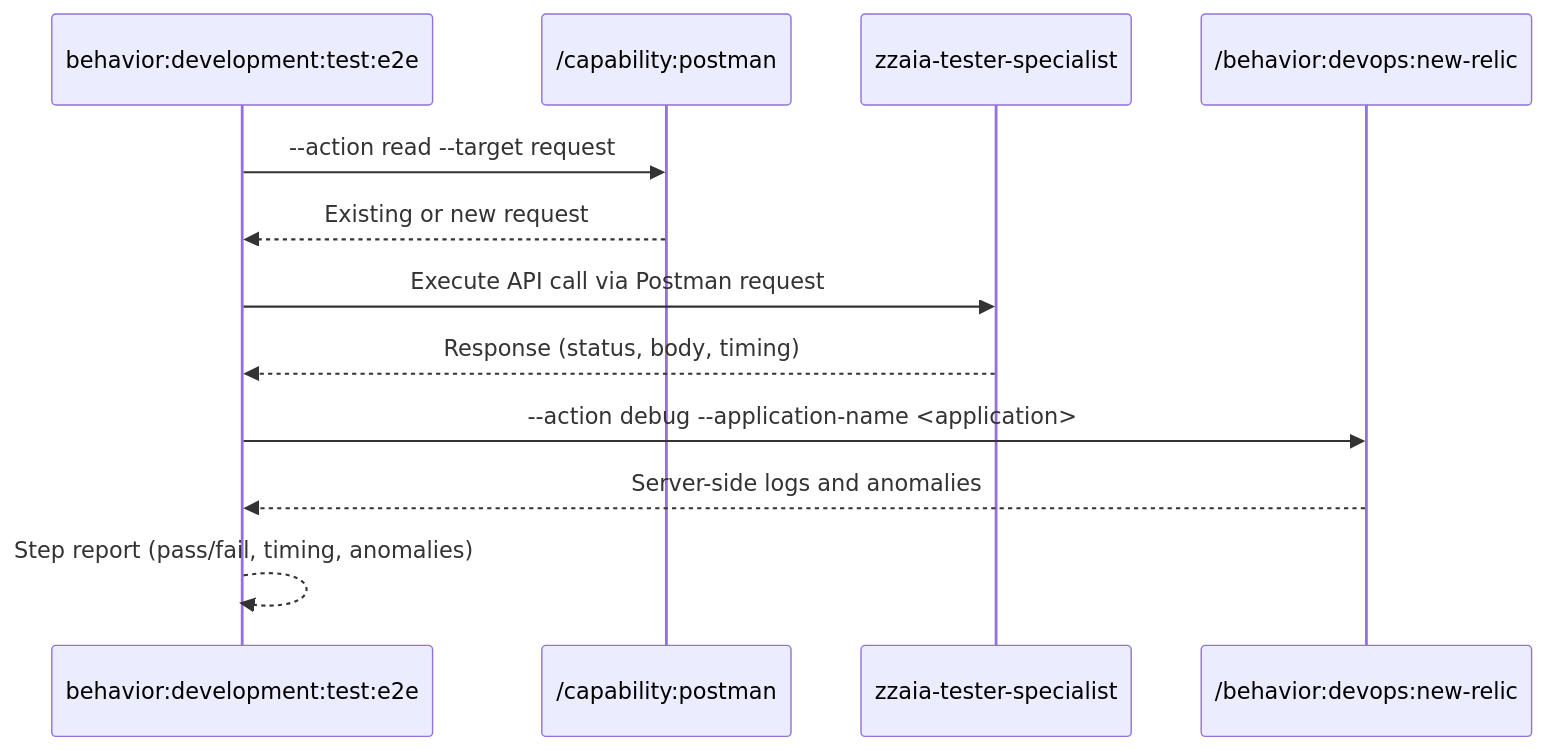
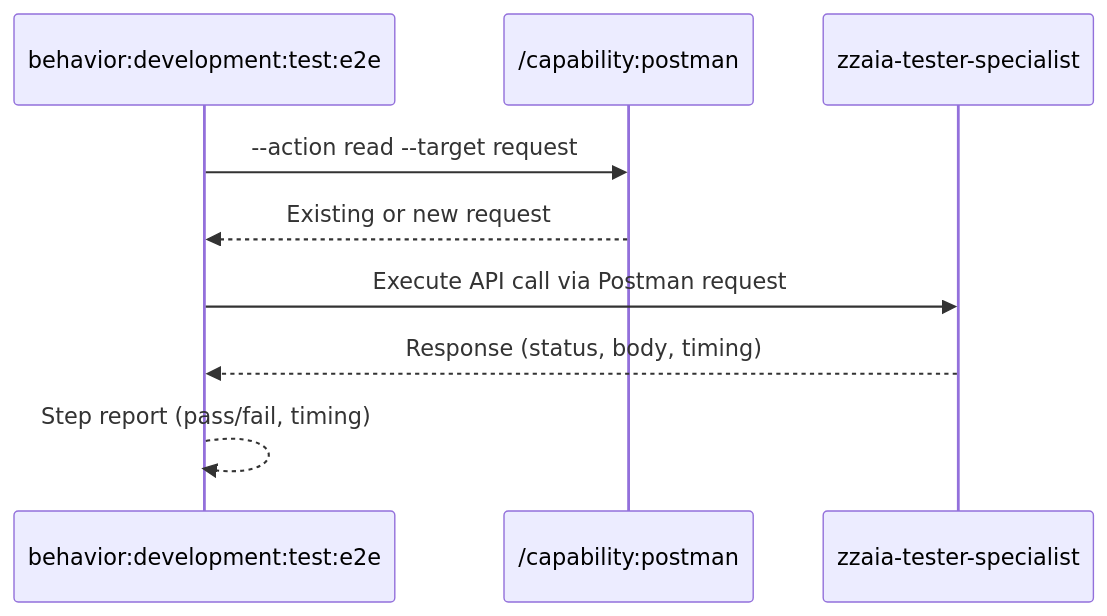
One commit to zzaia/zzaia-agentic-workspace changed the diagram in agents/claude/.claude/commands/behavior/development/test/e2e/SKILL.md. Above: the diagram before and after it, drawn with Mermaid. The commit also changed other lines of this file and 85 other files, not shown here.

````diff
--- a/agents/claude/.claude/commands/behavior/development/test/e2e/SKILL.md
+++ b/agents/claude/.claude/commands/behavior/development/test/e2e/SKILL.md
@@ -67,15 +59,12 @@
 ```mermaid
 sequenceDiagram
     participant C as behavior:development:test:e2e
     participant PM as /capability:postman
     participant TS as zzaia-tester-specialist
-    participant NR as /behavior:devops:new-relic
 
     C->>PM: --action read --target request
     PM-->>C: Existing or new request
     C->>TS: Execute API call via Postman request
     TS-->>C: Response (status, body, timing)
-    C->>NR: --action debug --application-name <application>
-    NR-->>C: Server-side logs and anomalies
-    C-->>C: Step report (pass/fail, timing, anomalies)
+    C-->>C: Step report (pass/fail, timing)
 ```
````
